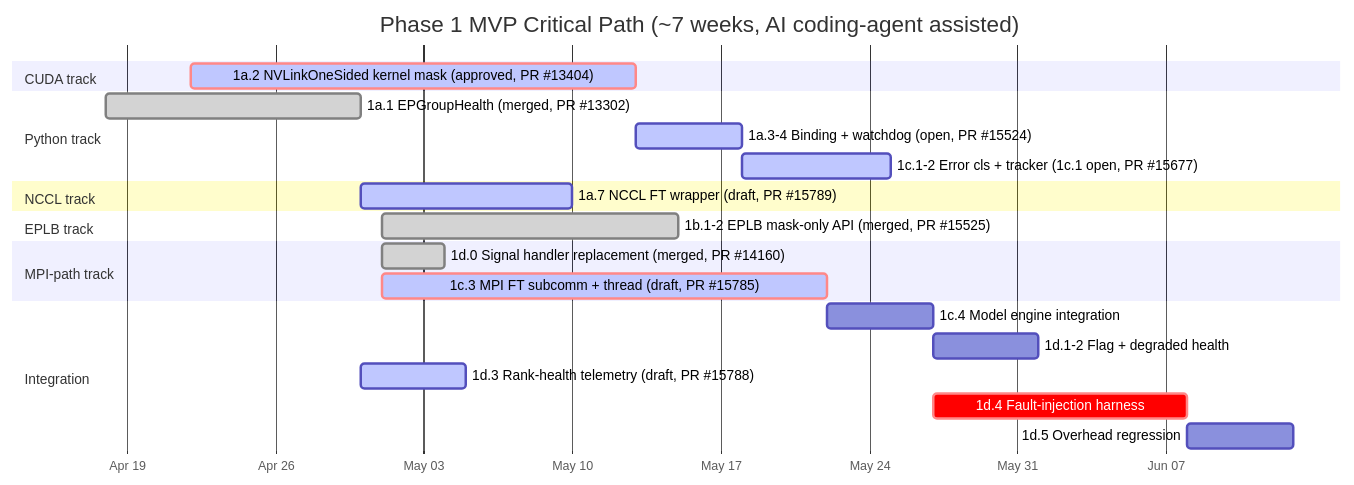
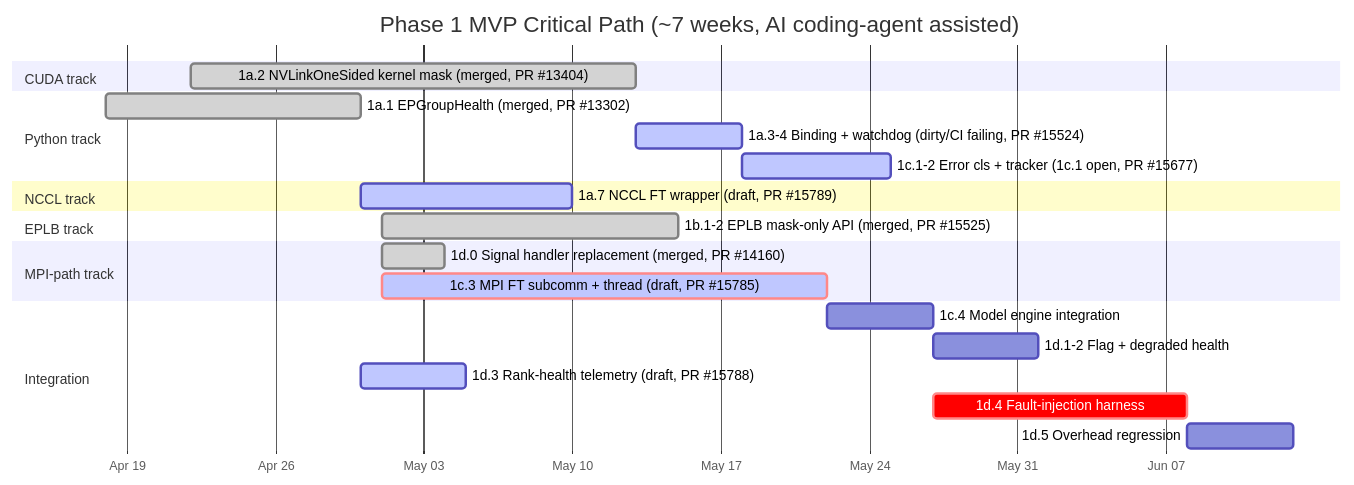
The diagram in docs/design/wide-ep-fault-tolerance/pr-execution/08-implementation-plan.md (chienchunhung/TensorRT-LLM), drawn with Mermaid before and after one commit. The commit also changed other lines of this file and 9 other files, not shown here.

Commit message:
docs: correct WideEP MVP dependency graph

````diff
--- a/docs/design/wide-ep-fault-tolerance/pr-execution/08-implementation-plan.md
+++ b/docs/design/wide-ep-fault-tolerance/pr-execution/08-implementation-plan.md
@@ -110,31 +110,31 @@
 ```mermaid
 gantt
     title Phase 1 MVP Critical Path (~7 weeks, AI coding-agent assisted)
     dateFormat YYYY-MM-DD
     axisFormat %b %d
 
     section CUDA track
-    1a.2 NVLinkOneSided kernel mask (approved, PR #13404) :crit, active, a3, 2026-04-22, 21d
+    1a.2 NVLinkOneSided kernel mask (merged, PR #13404) :done, a3, 2026-04-22, 21d
 
     section Python track
     1a.1 EPGroupHealth (merged, PR #13302)      :done, a1, 2026-04-18, 12d
-    1a.3-4 Binding + watchdog (open, PR #15524) :active, a2, after a3, 5d
+    1a.3-4 Binding + watchdog (dirty/CI failing, PR #15524) :active, a2, after a3, 5d
     1c.1-2 Error cls + tracker (1c.1 open, PR #15677) :active, a6, after a2, 7d
 
     section NCCL track
     1a.7 NCCL FT wrapper (draft, PR #15789)      :active, a7nccl, after a1, 10d
 
     section EPLB track
     1b.1-2 EPLB mask-only API (merged, PR #15525) :done, a5, 2026-05-01, 14d
 
     section MPI-path track
     1d.0 Signal handler replacement (merged, PR #14160) :done, a0, 2026-05-01, 3d
     1c.3 MPI FT subcomm + thread (draft, PR #15785) :crit, active, ac3, 2026-05-01, 21d
 
     section Integration
     1c.4 Model engine integration               :a7, after ac3, 5d
     1d.1-2 Flag + degraded health               :a8, after a7, 5d
     1d.3 Rank-health telemetry (draft, PR #15788) :active, a8metrics, after a1, 5d
     1d.4 Fault-injection harness                :crit, a9, after a7, 12d
     1d.5 Overhead regression                    :a10, after a9, 5d
 ```
````
